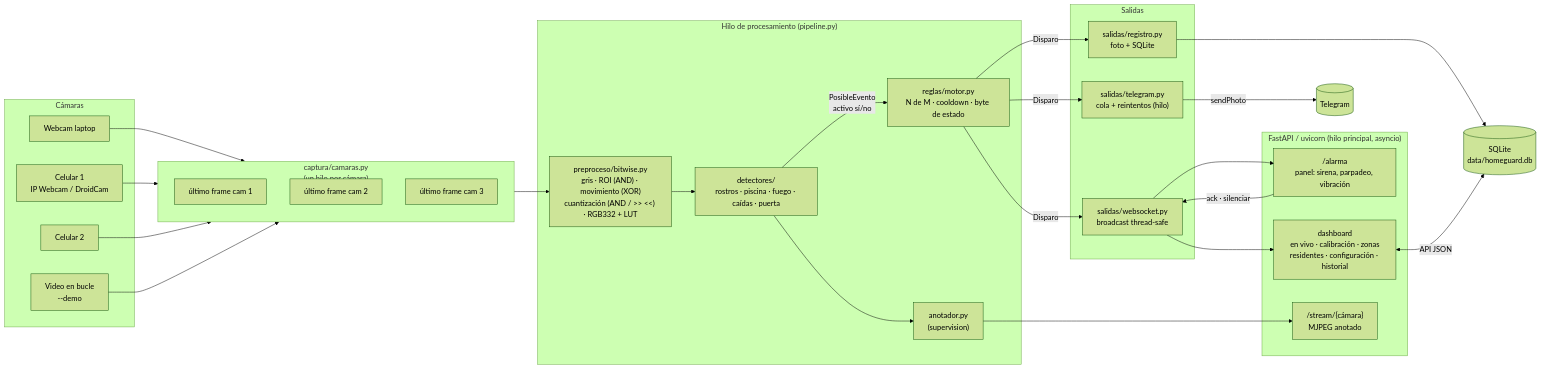
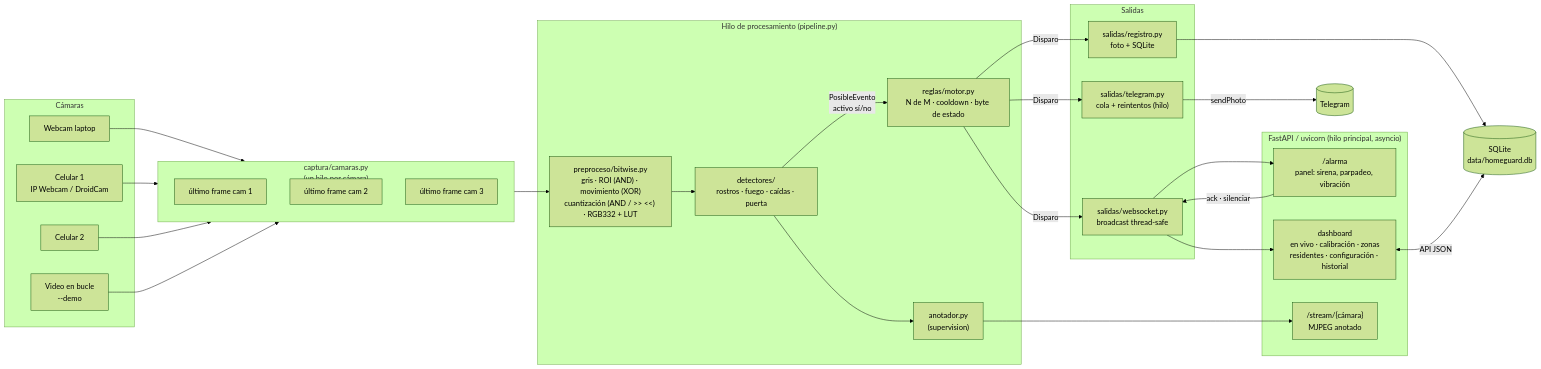
One commit to CHLimber/HomeGuard_AI changed the first of 3 diagrams in docs/ARQUITECTURA.md. Above: the diagram before and after it, drawn with Mermaid (forest theme). The commit also changed other lines of this file and 37 other files, not shown here.

````diff
--- a/docs/ARQUITECTURA.md
+++ b/docs/ARQUITECTURA.md
@@ -5,44 +5,44 @@
 ```mermaid
 flowchart LR
     subgraph Fuentes["Cámaras"]
         W[Webcam laptop]
         C1[Celular 1<br/>IP Webcam / DroidCam]
         C2[Celular 2]
         V[Video en bucle<br/>--demo]
     end
 
     subgraph Captura["captura/camaras.py<br/>(un hilo por cámara)"]
         H1[último frame cam 1]
         H2[último frame cam 2]
         H3[último frame cam 3]
     end
 
     subgraph Proceso["Hilo de procesamiento (pipeline.py)"]
         PRE["preproceso/bitwise.py<br/>gris · ROI (AND) · movimiento (XOR)<br/>cuantización (AND / >> <<) · RGB332 + LUT"]
-        DET["detectores/<br/>rostros · piscina · fuego · caídas · puerta"]
+        DET["detectores/<br/>rostros · fuego · caídas · puerta"]
         MOT["reglas/motor.py<br/>N de M · cooldown · byte de estado"]
         ANO["anotador.py<br/>(supervision)"]
     end
 
     subgraph Salidas
         WS["salidas/websocket.py<br/>broadcast thread-safe"]
         TG["salidas/telegram.py<br/>cola + reintentos (hilo)"]
         REG["salidas/registro.py<br/>foto + SQLite"]
     end
 
     subgraph Web["FastAPI / uvicorn (hilo principal, asyncio)"]
         PANEL["/alarma<br/>panel: sirena, parpadeo, vibración"]
         DASH["dashboard<br/>en vivo · calibración · zonas<br/>residentes · configuración · historial"]
         MJPEG["/stream/{cámara}<br/>MJPEG anotado"]
     end
 
     W & C1 & C2 & V --> Captura
     Captura --> PRE --> DET -->|PosibleEvento<br/>activo sí/no| MOT
     DET --> ANO --> MJPEG
     MOT -->|Disparo| WS & TG & REG
     WS --> PANEL & DASH
     PANEL -->|ack · silenciar| WS
     TG -->|sendPhoto| TEL[(Telegram)]
     REG --> DB[(SQLite<br/>data/homeguard.db)]
     DASH <-->|API JSON| DB
 ```
````
